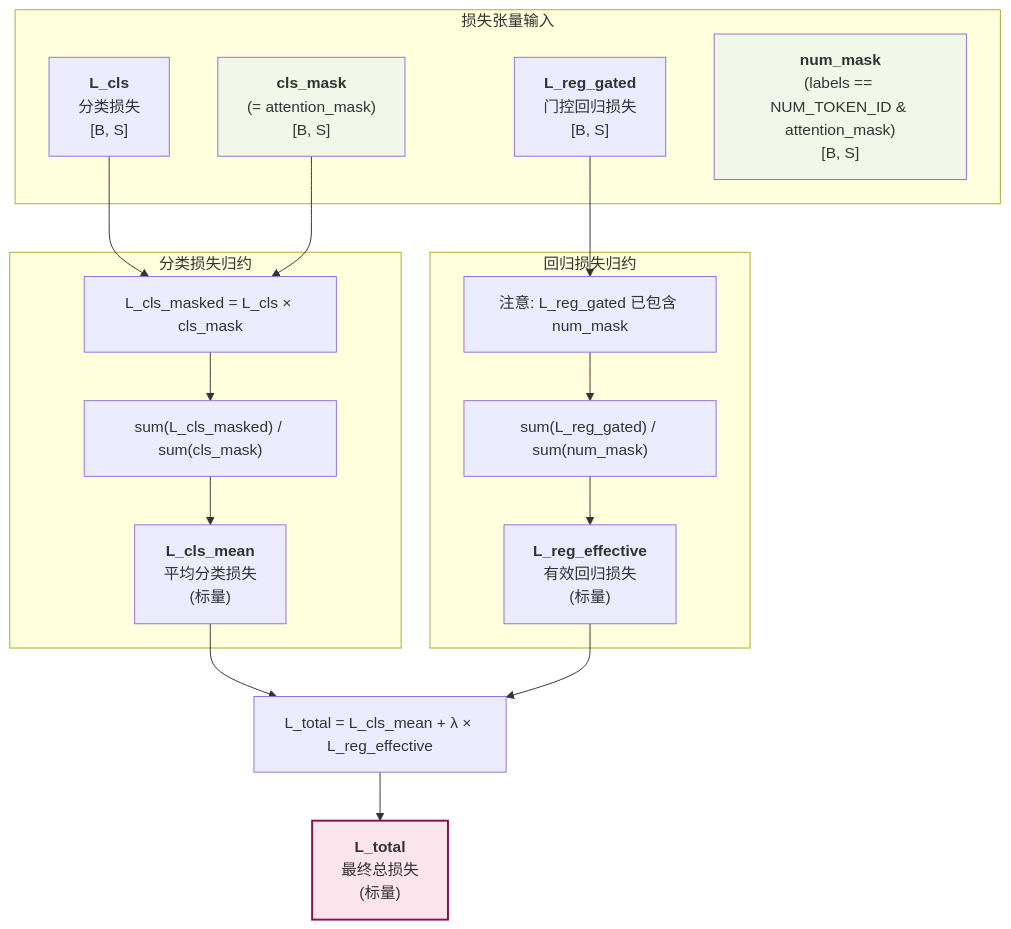
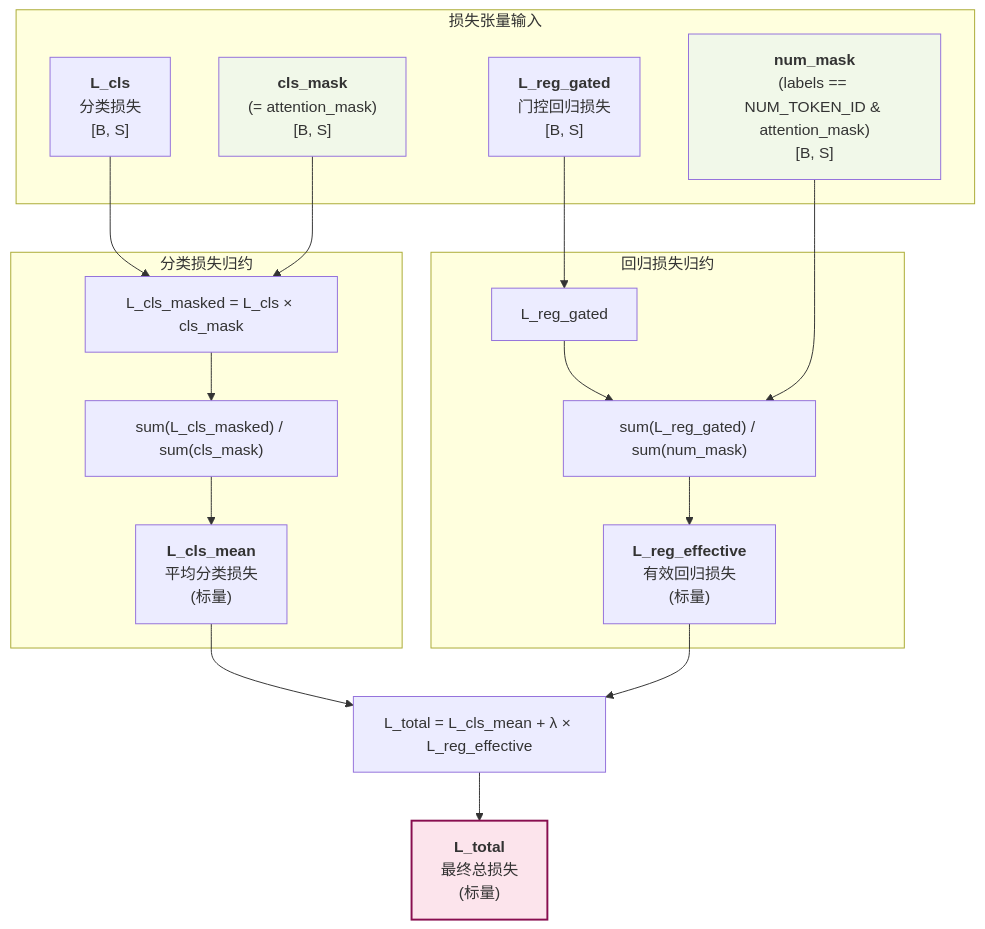
One commit to 1587causalai/CausalQwen changed the ninth of 9 diagrams in docs/core_mathematical_framework_num_extended.md. Above: the diagram before and after it, drawn with Mermaid. The commit also changed other lines of this file, not shown here.

````diff
--- a/docs/core_mathematical_framework_num_extended.md
+++ b/docs/core_mathematical_framework_num_extended.md
@@ -679,28 +690,29 @@
 ```mermaid
 graph TD
     subgraph "损失张量输入"
         A["<b>L_cls</b><br>分类损失<br>[B, S]"]
         B["<b>L_reg_gated</b><br>门控回归损失<br>[B, S]"]
         C["<b>cls_mask</b><br>(= attention_mask)<br>[B, S]"]
         D["<b>num_mask</b><br>(labels == NUM_TOKEN_ID & attention_mask)<br>[B, S]"]
     end
 
     subgraph "分类损失归约"
         A & C --> E["L_cls_masked = L_cls × cls_mask"]
         E --> F["sum(L_cls_masked) / sum(cls_mask)"]
         F --> G["<b>L_cls_mean</b><br>平均分类损失<br>(标量)"]
     end
 
     subgraph "回归损失归约"
-        B --> H["注意: L_reg_gated 已包含 num_mask"]
+        B --> H["L_reg_gated"]
         H --> I["sum(L_reg_gated) / sum(num_mask)"]
         I --> J["<b>L_reg_effective</b><br>有效回归损失<br>(标量)"]
     end
 
     G & J --> K["L_total = L_cls_mean + λ × L_reg_effective"]
     K --> L["<b>L_total</b><br>最终总损失<br>(标量)"]
+    D --> I
 
     style L fill:#fce4ec,stroke:#880e4f,stroke-width:2px
     style C fill:#f1f8e9
     style D fill:#f1f8e9
 ```
````
